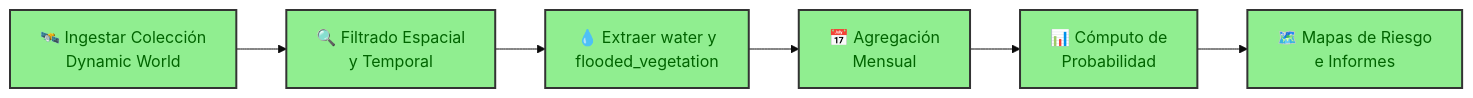
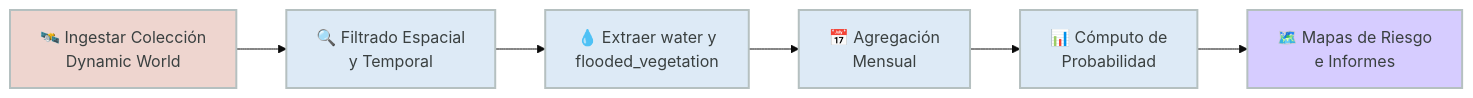
Before and after one commit to Joaquin-Urruti/joaquinurruti-website: the diagram in es/docs/portfolio/projects/water-risk-assessment.md, drawn with Mermaid (base theme). The commit also changed other lines of this file and 5 other files, not shown here.

First line of the commit message:
Enhance project documentation with mermaid diagrams for clarity and visual appeal

````diff
--- a/es/docs/portfolio/projects/water-risk-assessment.md
+++ b/es/docs/portfolio/projects/water-risk-assessment.md
@@ -111,12 +112,16 @@
 ```mermaid
 flowchart LR
     A["🛰️ Ingestar Colección<br/>Dynamic World"] --> B["🔍 Filtrado Espacial<br/>y Temporal"]
     B --> C["💧 Extraer water y<br/>flooded_vegetation"]
     C --> D["📅 Agregación<br/>Mensual"]
     D --> E["📊 Cómputo de<br/>Probabilidad"]
     E --> F["🗺️ Mapas de Riesgo<br/>e Informes"]
 
-    classDef step fill:#90EE90,stroke:#333,stroke-width:2px,color:darkgreen
+    classDef proxy fill:#EED5CF,stroke:#B5C0C0,stroke-width:2px,color:#3A4040
+    classDef core fill:#DDEAF6,stroke:#B5C0C0,stroke-width:2px,color:#3A4040
+    classDef data fill:#D6CCFF,stroke:#B5C0C0,stroke-width:2px,color:#3A4040
 
-    class A,B,C,D,E,F step
+    class A proxy
+    class B,C,D,E core
+    class F data
 ```
````
